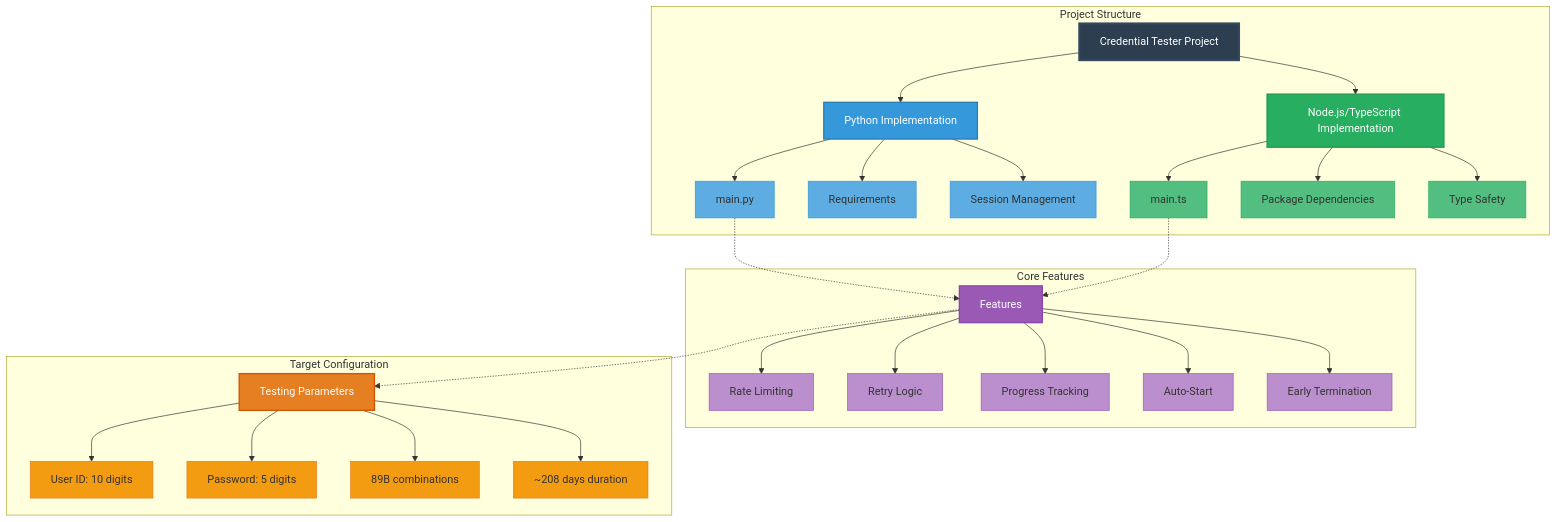
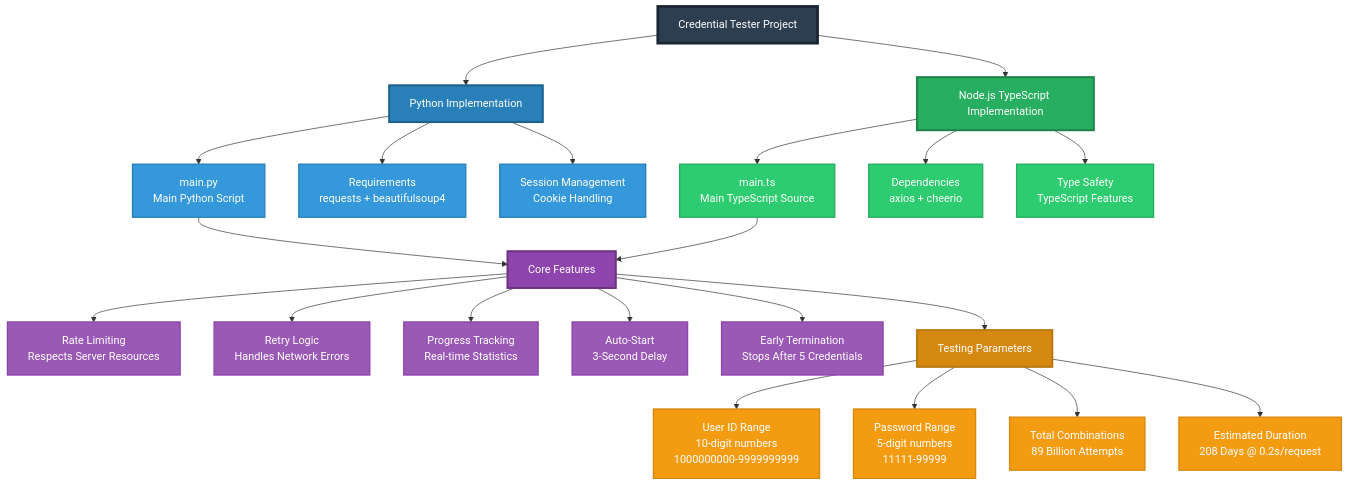
The fifth of 5 diagrams in README.md (Suryanshu-Nabheet/Hack), drawn with Mermaid before and after one commit. The commit also changed other lines of this file, not shown here.

````diff
--- a/README.md
+++ b/README.md
@@ -261,58 +295,52 @@
 ```mermaid
 graph TB
-    subgraph Project Structure
-        A[Credential Tester Project]
-        A --> B[Python Implementation]
-        A --> C[Node.js/TypeScript Implementation]
-        
-        B --> B1[main.py]
-        B --> B2[Requirements]
-        B --> B3[Session Management]
-        
-        C --> C1[main.ts]
-        C --> C2[Package Dependencies]
-        C --> C3[Type Safety]
-    end
+    A[Credential Tester Project]
     
-    subgraph Core Features
-        D[Features]
-        D --> D1[Rate Limiting]
-        D --> D2[Retry Logic]
-        D --> D3[Progress Tracking]
-        D --> D4[Auto-Start]
-        D --> D5[Early Termination]
-    end
+    A --> B[Python Implementation]
+    A --> C[Node.js TypeScript Implementation]
     
-    subgraph Target Configuration
-        E[Testing Parameters]
-        E --> E1[User ID: 10 digits]
-        E --> E2[Password: 5 digits]
-        E --> E3[89B combinations]
-        E --> E4[~208 days duration]
-    end
+    B --> B1[main.py<br/>Main Python Script]
+    B --> B2[Requirements<br/>requests + beautifulsoup4]
+    B --> B3[Session Management<br/>Cookie Handling]
     
-    B1 -.-> D
-    C1 -.-> D
-    D -.-> E
+    C --> C1[main.ts<br/>Main TypeScript Source]
+    C --> C2[Dependencies<br/>axios + cheerio]
+    C --> C3[Type Safety<br/>TypeScript Features]
     
-    style A fill:#2c3e50,stroke:#34495e,stroke-width:3px,color:#fff
-    style B fill:#3498db,stroke:#2980b9,stroke-width:2px,color:#fff
-    style C fill:#27ae60,stroke:#229954,stroke-width:2px,color:#fff
-    style D fill:#9b59b6,stroke:#8e44ad,stroke-width:2px,color:#fff
-    style E fill:#e67e22,stroke:#d35400,stroke-width:2px,color:#fff
-    style B1 fill:#5dade2,stroke:#3498db,stroke-width:1px,color:#333
-    style B2 fill:#5dade2,stroke:#3498db,stroke-width:1px,color:#333
-    style B3 fill:#5dade2,stroke:#3498db,stroke-width:1px,color:#333
-    style C1 fill:#52be80,stroke:#27ae60,stroke-width:1px,color:#333
-    style C2 fill:#52be80,stroke:#27ae60,stroke-width:1px,color:#333
-    style C3 fill:#52be80,stroke:#27ae60,stroke-width:1px,color:#333
-    style D1 fill:#bb8fce,stroke:#9b59b6,stroke-width:1px,color:#333
-    style D2 fill:#bb8fce,stroke:#9b59b6,stroke-width:1px,color:#333
-    style D3 fill:#bb8fce,stroke:#9b59b6,stroke-width:1px,color:#333
-    style D4 fill:#bb8fce,stroke:#9b59b6,stroke-width:1px,color:#333
-    style D5 fill:#bb8fce,stroke:#9b59b6,stroke-width:1px,color:#333
-    style E1 fill:#f39c12,stroke:#e67e22,stroke-width:1px,color:#333
-    style E2 fill:#f39c12,stroke:#e67e22,stroke-width:1px,color:#333
-    style E3 fill:#f39c12,stroke:#e67e22,stroke-width:1px,color:#333
-    style E4 fill:#f39c12,stroke:#e67e22,stroke-width:1px,color:#333
+    B1 --> D[Core Features]
+    C1 --> D
+    
+    D --> D1[Rate Limiting<br/>Respects Server Resources]
+    D --> D2[Retry Logic<br/>Handles Network Errors]
+    D --> D3[Progress Tracking<br/>Real-time Statistics]
+    D --> D4[Auto-Start<br/>3-Second Delay]
+    D --> D5[Early Termination<br/>Stops After 5 Credentials]
+    
+    D --> E[Testing Parameters]
+    
+    E --> E1[User ID Range<br/>10-digit numbers<br/>1000000000-9999999999]
+    E --> E2[Password Range<br/>5-digit numbers<br/>11111-99999]
+    E --> E3[Total Combinations<br/>89 Billion Attempts]
+    E --> E4[Estimated Duration<br/>208 Days @ 0.2s/request]
+    
+    style A fill:#2c3e50,stroke:#1a252f,stroke-width:4px,color:#fff,padding:20px
+    style B fill:#2980b9,stroke:#1f618d,stroke-width:3px,color:#fff,padding:15px
+    style C fill:#27ae60,stroke:#1e8449,stroke-width:3px,color:#fff,padding:15px
+    style D fill:#8e44ad,stroke:#6c3483,stroke-width:3px,color:#fff,padding:15px
+    style E fill:#d68910,stroke:#b9770e,stroke-width:3px,color:#fff,padding:15px
+    style B1 fill:#3498db,stroke:#2980b9,stroke-width:2px,color:#fff,padding:12px
+    style B2 fill:#3498db,stroke:#2980b9,stroke-width:2px,color:#fff,padding:12px
+    style B3 fill:#3498db,stroke:#2980b9,stroke-width:2px,color:#fff,padding:12px
+    style C1 fill:#2ecc71,stroke:#27ae60,stroke-width:2px,color:#fff,padding:12px
+    style C2 fill:#2ecc71,stroke:#27ae60,stroke-width:2px,color:#fff,padding:12px
+    style C3 fill:#2ecc71,stroke:#27ae60,stroke-width:2px,color:#fff,padding:12px
+    style D1 fill:#9b59b6,stroke:#8e44ad,stroke-width:2px,color:#fff,padding:12px
+    style D2 fill:#9b59b6,stroke:#8e44ad,stroke-width:2px,color:#fff,padding:12px
+    style D3 fill:#9b59b6,stroke:#8e44ad,stroke-width:2px,color:#fff,padding:12px
+    style D4 fill:#9b59b6,stroke:#8e44ad,stroke-width:2px,color:#fff,padding:12px
+    style D5 fill:#9b59b6,stroke:#8e44ad,stroke-width:2px,color:#fff,padding:12px
+    style E1 fill:#f39c12,stroke:#d68910,stroke-width:2px,color:#fff,padding:12px
+    style E2 fill:#f39c12,stroke:#d68910,stroke-width:2px,color:#fff,padding:12px
+    style E3 fill:#f39c12,stroke:#d68910,stroke-width:2px,color:#fff,padding:12px
+    style E4 fill:#f39c12,stroke:#d68910,stroke-width:2px,color:#fff,padding:12px
 ```
````
